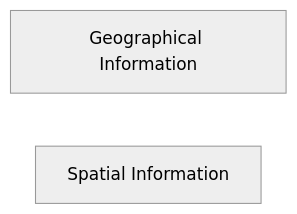
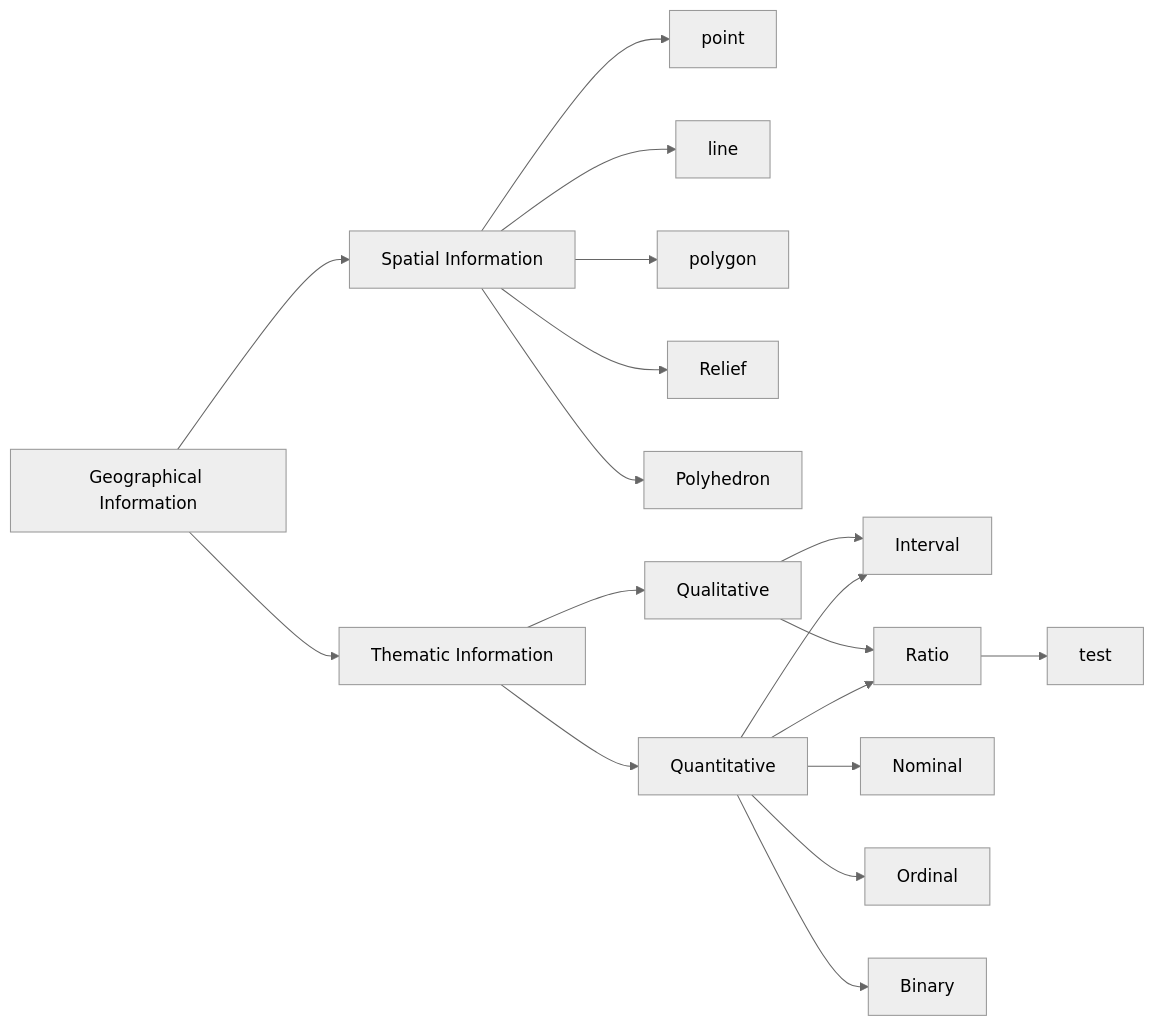
Before and after one commit to Fro-Q/wiki: the diagram in notes/geodata_2402220212.md, drawn with Mermaid (neutral theme). The commit also changed 2 other files, not shown here.

Commit message:
vault backup: 2024-02-22 21:03:54 num of changes: 3
Affected files:
.obsidian/plugins/various-complements/histories.json
.obsidian/workspace.json
notes/geodata_2402220212.md

````diff
--- a/notes/geodata_2402220212.md
+++ b/notes/geodata_2402220212.md
@@ -13,5 +13,11 @@
 ```mermaid
 graph LR
-gi[Geographical Information]
-si[Spatial Information]
+gi[Geographical Information] --> si[Spatial Information] & ti[Thematic Information]
+
+si --> point & line & polygon & Relief & Polyhedron
+ti --> quan[Quantitative] & qual[Qualitative]
+quan --> Interval & Ratio & Nominal & Ordinal & Binary
+qual --> Interval & Ratio
+
+Ratio --> test
 ```
````
